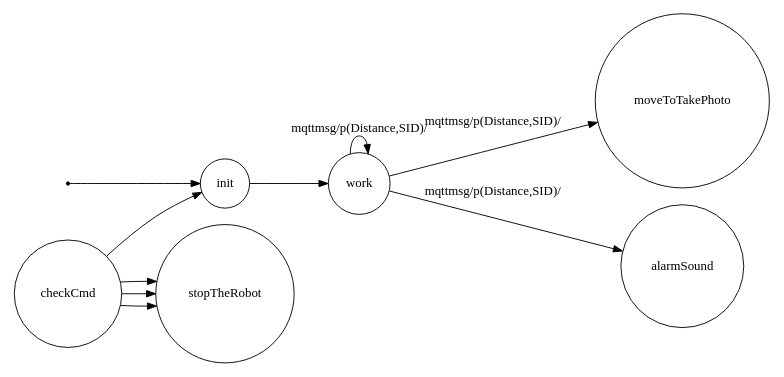
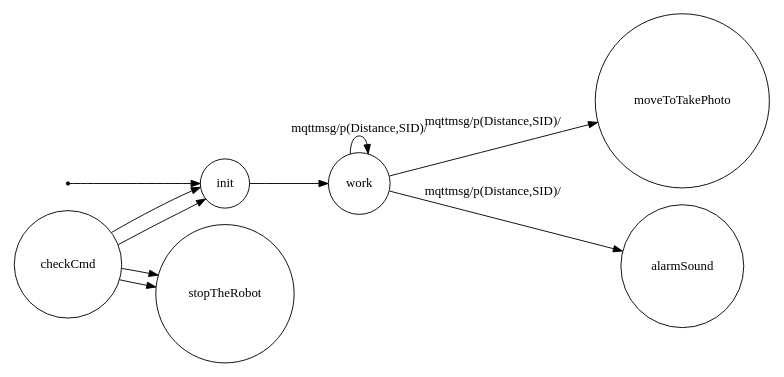
Before and after one commit to Diantha/TemaFinaleISS: the diagram in srcMore/it/unibo/controller/dotFsm.gv, drawn with Graphviz. The commit also changed 3 other files, not shown here.

```diff
--- a/srcMore/it/unibo/controller/dotFsm.gv
+++ b/srcMore/it/unibo/controller/dotFsm.gv
@@ -1,29 +1,29 @@
 /*
 *
 * A GraphViz DOT FSM description 
 * Please use a GraphViz visualizer (like http://www.webgraphviz.com)
 * 
 * Generated by AM,NC,RM
 *  
 */
  
 digraph finite_state_machine {
   	rankdir=LR;
   	size="8,5"
   	node [shape = point]; iniziale;
   	node [shape = doublecircle]; 
   	node [shape = circle];
   	iniziale -> init [label = ""];
   	
   	
   	init -> work [ label = ""];
   	
   	work -> moveToTakePhoto [ label = "mqttmsg/p(Distance,SID)/"];
   	work -> alarmSound [ label = "mqttmsg/p(Distance,SID)/"];
   	work -> work [ label = "mqttmsg/p(Distance,SID)/"];
   	
-  	checkCmd -> stopTheRobot [ label = ""];
+  	checkCmd -> init [ label = ""];
   	checkCmd -> stopTheRobot [ label = ""];
   	checkCmd -> init [ label = ""];
   	checkCmd -> stopTheRobot [ label = ""];
 }
```
